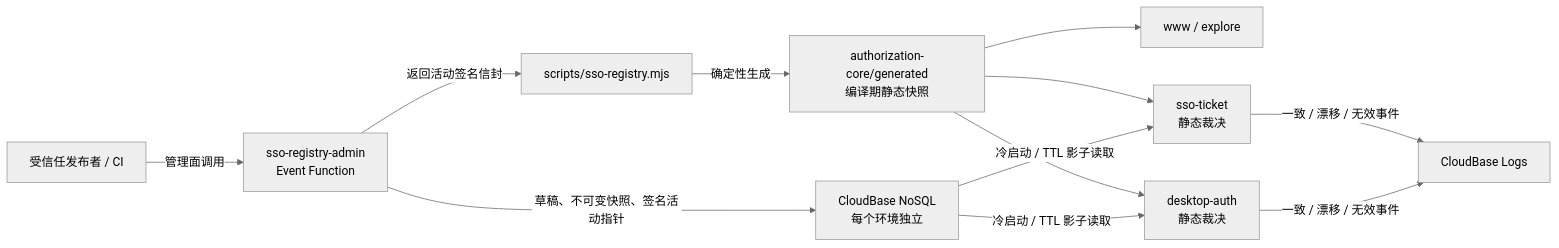
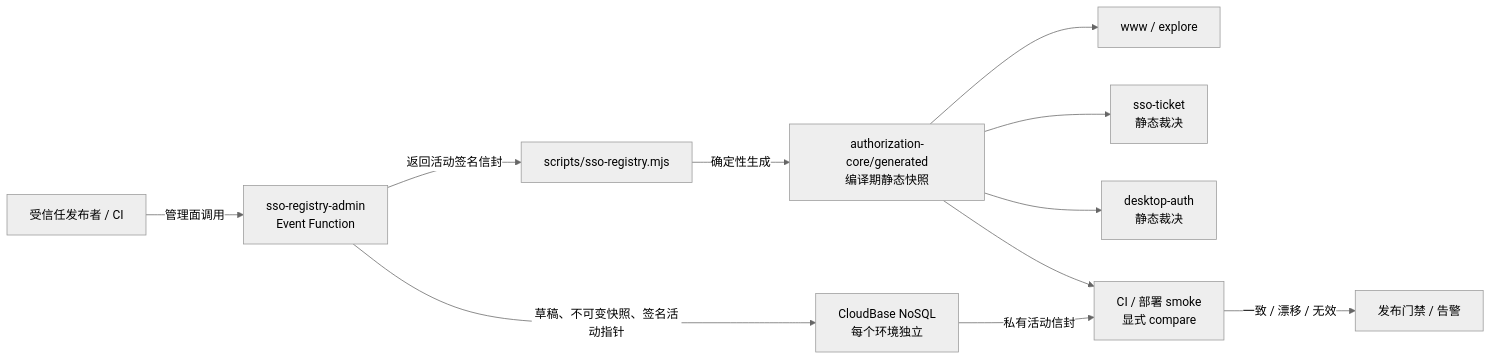
Before and after one commit to YunLeFun/www.yunle.fun: the diagram in specs/sso-client-registry-platform/design.md, drawn with Mermaid (neutral theme). The commit also changed other lines of this file and 31 other files, not shown here.

````diff
--- a/specs/sso-client-registry-platform/design.md
+++ b/specs/sso-client-registry-platform/design.md
@@ -21,14 +21,13 @@
 ```mermaid
 flowchart LR
   OP["受信任发布者 / CI"] -->|"管理面调用"| ADMIN["sso-registry-admin<br/>Event Function"]
   ADMIN -->|"草稿、不可变快照、签名活动指针"| DB["CloudBase NoSQL<br/>每个环境独立"]
   ADMIN -->|"返回活动签名信封"| EXPORT["scripts/sso-registry.mjs"]
   EXPORT -->|"确定性生成"| GENERATED["authorization-core/generated<br/>编译期静态快照"]
   GENERATED --> WWW["www / explore"]
   GENERATED --> TICKET["sso-ticket<br/>静态裁决"]
   GENERATED --> DESKTOP["desktop-auth<br/>静态裁决"]
-  DB -->|"冷启动 / TTL 影子读取"| TICKET
-  DB -->|"冷启动 / TTL 影子读取"| DESKTOP
-  TICKET -->|"一致 / 漂移 / 无效事件"| LOGS["CloudBase Logs"]
-  DESKTOP -->|"一致 / 漂移 / 无效事件"| LOGS
+  DB -->|"私有活动信封"| COMPARE["CI / 部署 smoke<br/>显式 compare"]
+  GENERATED --> COMPARE
+  COMPARE -->|"一致 / 漂移 / 无效"| LOGS["发布门禁 / 告警"]
 ```
````
